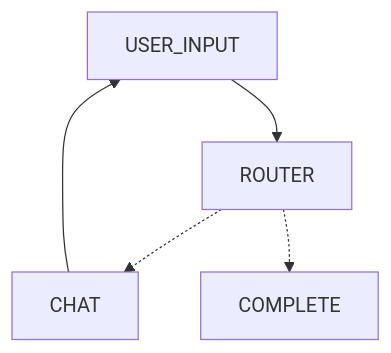
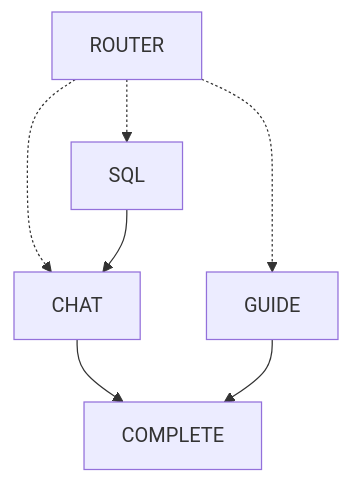
Before and after one commit to datanooblol/broinsight: the diagram in flow.md, drawn with Mermaid. The commit also changed 12 other files, not shown here.

````diff
--- a/flow.md
+++ b/flow.md
@@ -1,7 +1,9 @@
 ```mermaid
 flowchart TB
-    USER_INPUT --> ROUTER
     ROUTER -.-> CHAT
-    ROUTER -.-> COMPLETE
-    CHAT --> USER_INPUT
+    ROUTER -.-> SQL
+    ROUTER -.-> GUIDE
+    CHAT --> COMPLETE
+    SQL --> CHAT
+    GUIDE --> COMPLETE
 ```
````
